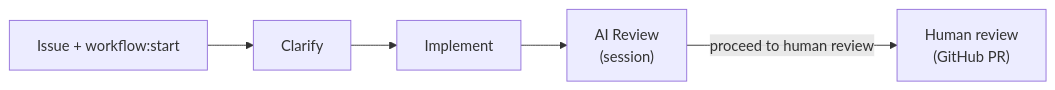
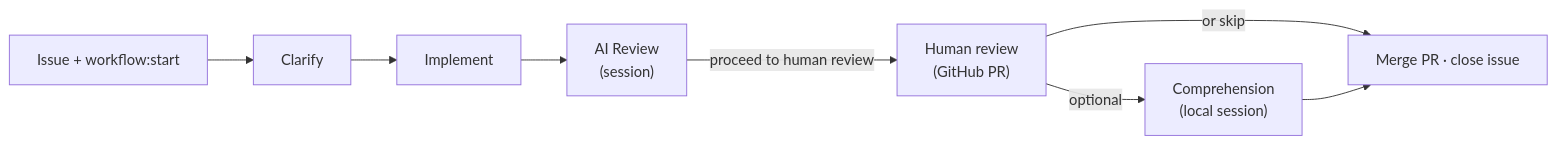
The diagram in README.md (D-Andreev/ai-workflow-routines), drawn with Mermaid before and after one commit. The commit also changed other lines of this file and 12 other files, not shown here.

````diff
--- a/README.md
+++ b/README.md
@@ -9,13 +9,16 @@
 ```mermaid
 flowchart LR
     issue["Issue + workflow:start"]
     clarify["Clarify"]
     implement["Implement"]
     aiReview["AI Review\n(session)"]
     human["Human review\n(GitHub PR)"]
 
     issue --> clarify
     clarify --> implement
     implement --> aiReview
     aiReview -->|"proceed to human review"| human
+    human -->|"optional"| comprehension["Comprehension\n(local session)"]
+    human -->|"or skip"| merge["Merge PR · close issue"]
+    comprehension --> merge
 ```
````
